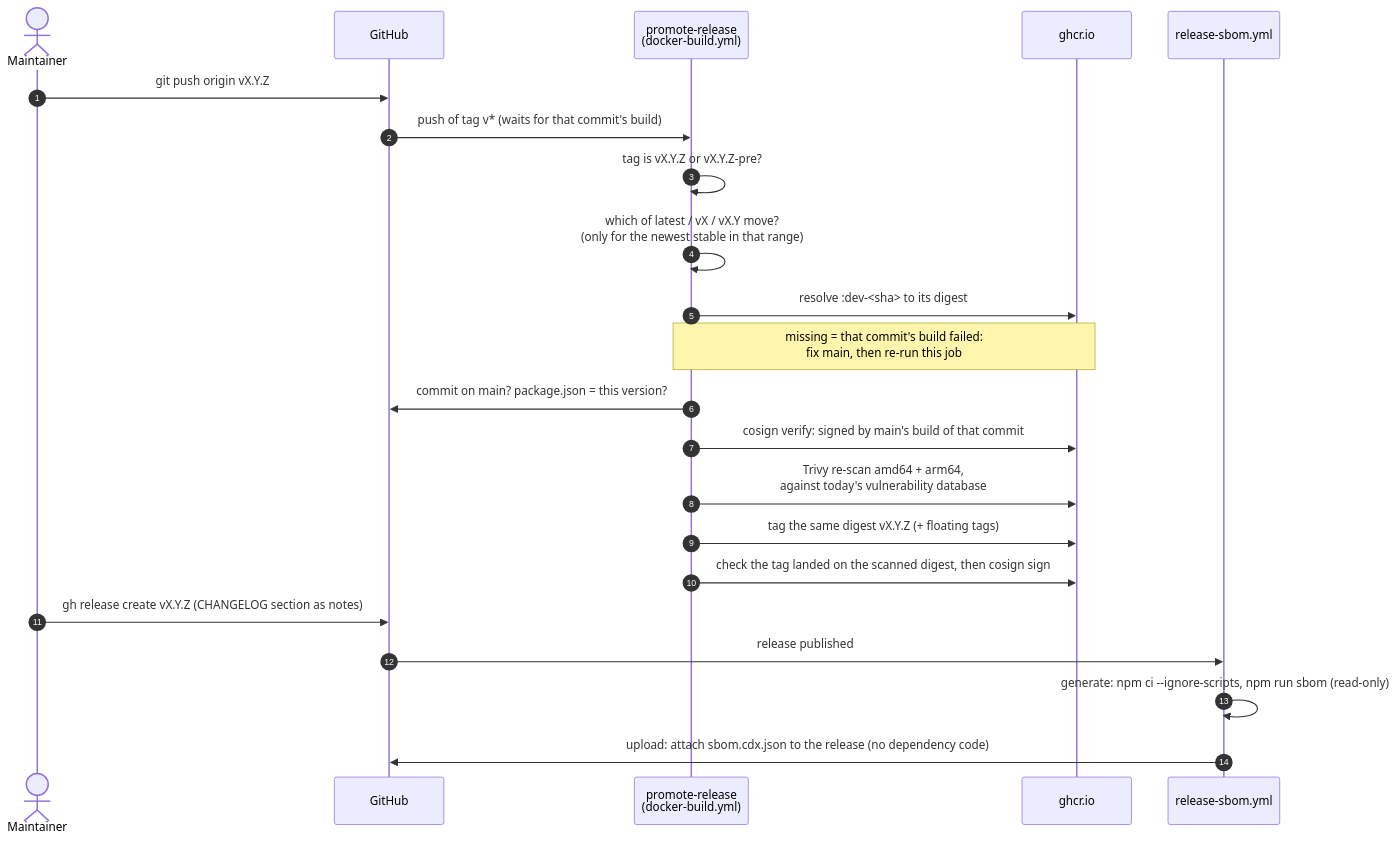
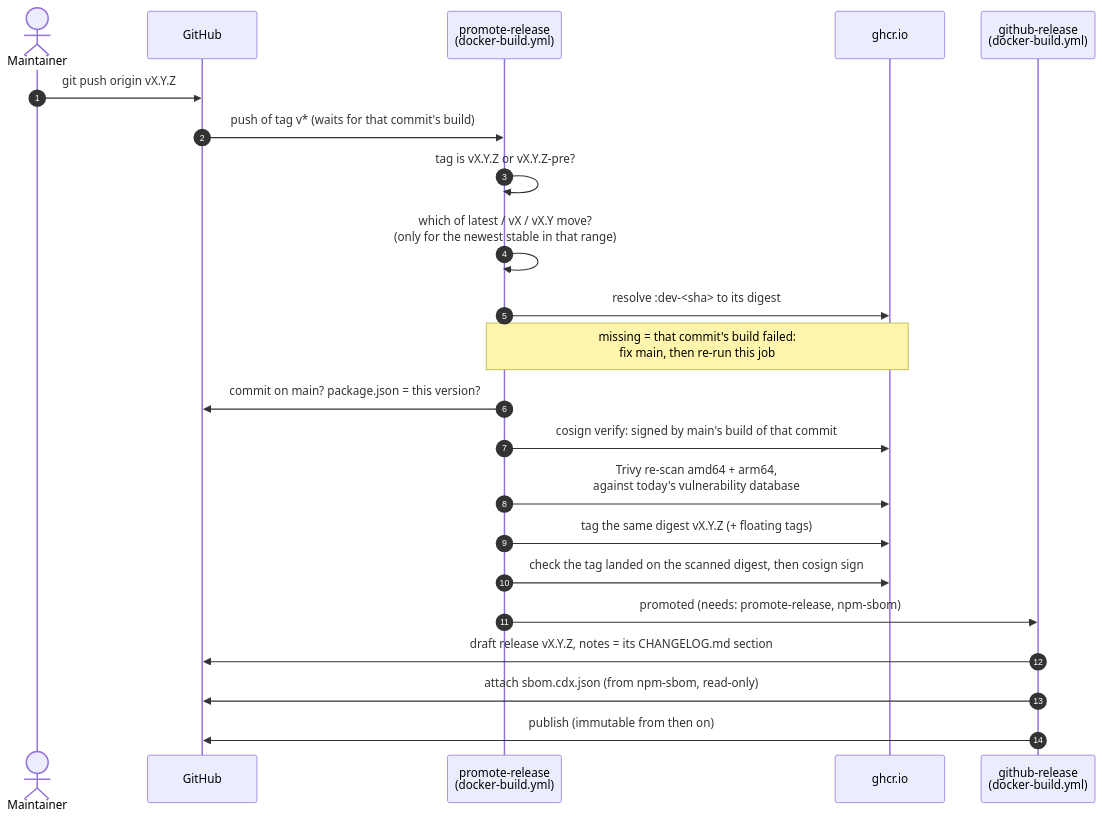
One commit to FB-UNIV/pocket-portal changed the fourth of 4 diagrams in docs/CI.md. Above: the diagram before and after it, drawn with Mermaid. The commit also changed other lines of this file and 5 other files, not shown here.

First line of the commit message:
ci: publish the GitHub Release from the pipeline, SBOM attached as a draft (#100)

````diff
--- a/docs/CI.md
+++ b/docs/CI.md
@@ -141,25 +140,25 @@
 ```mermaid
 sequenceDiagram
   autonumber
   actor M as Maintainer
   participant GH as GitHub
   participant PR as promote-release<br/>(docker-build.yml)
   participant REG as ghcr.io
-  participant RS as release-sbom.yml
+  participant GR as github-release<br/>(docker-build.yml)
 
   M->>GH: git push origin vX.Y.Z
   GH->>PR: push of tag v* (waits for that commit's build)
   PR->>PR: tag is vX.Y.Z or vX.Y.Z-pre?
   PR->>PR: which of latest / vX / vX.Y move?<br/>(only for the newest stable in that range)
   PR->>REG: resolve :dev-<sha> to its digest
   Note over PR,REG: missing = that commit's build failed:<br/>fix main, then re-run this job
   PR->>GH: commit on main? package.json = this version?
   PR->>REG: cosign verify: signed by main's build of that commit
   PR->>REG: Trivy re-scan amd64 + arm64,<br/>against today's vulnerability database
   PR->>REG: tag the same digest vX.Y.Z (+ floating tags)
   PR->>REG: check the tag landed on the scanned digest, then cosign sign
-  M->>GH: gh release create vX.Y.Z (CHANGELOG section as notes)
-  GH->>RS: release published
-  RS->>RS: generate: npm ci --ignore-scripts, npm run sbom (read-only)
-  RS->>GH: upload: attach sbom.cdx.json to the release (no dependency code)
+  PR->>GR: promoted (needs: promote-release, npm-sbom)
+  GR->>GH: draft release vX.Y.Z, notes = its CHANGELOG.md section
+  GR->>GH: attach sbom.cdx.json (from npm-sbom, read-only)
+  GR->>GH: publish (immutable from then on)
 ```
````
